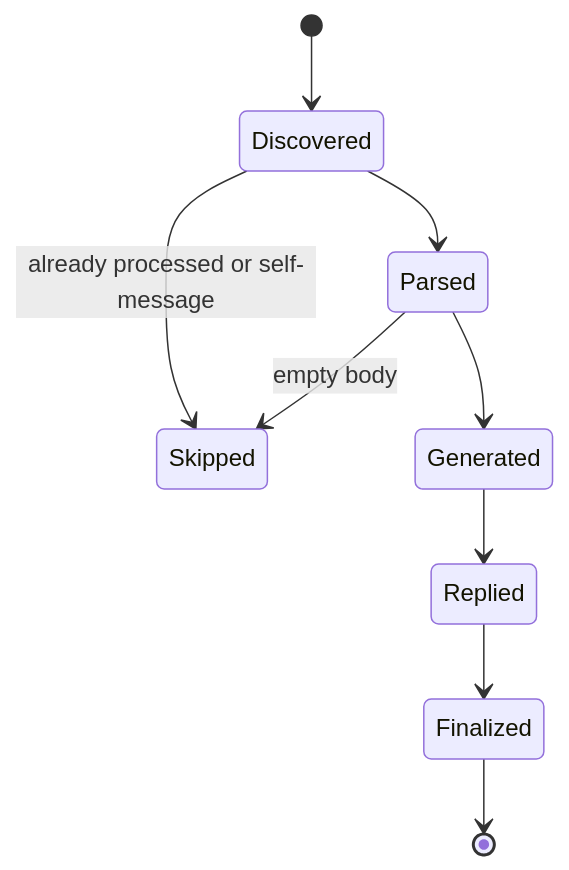
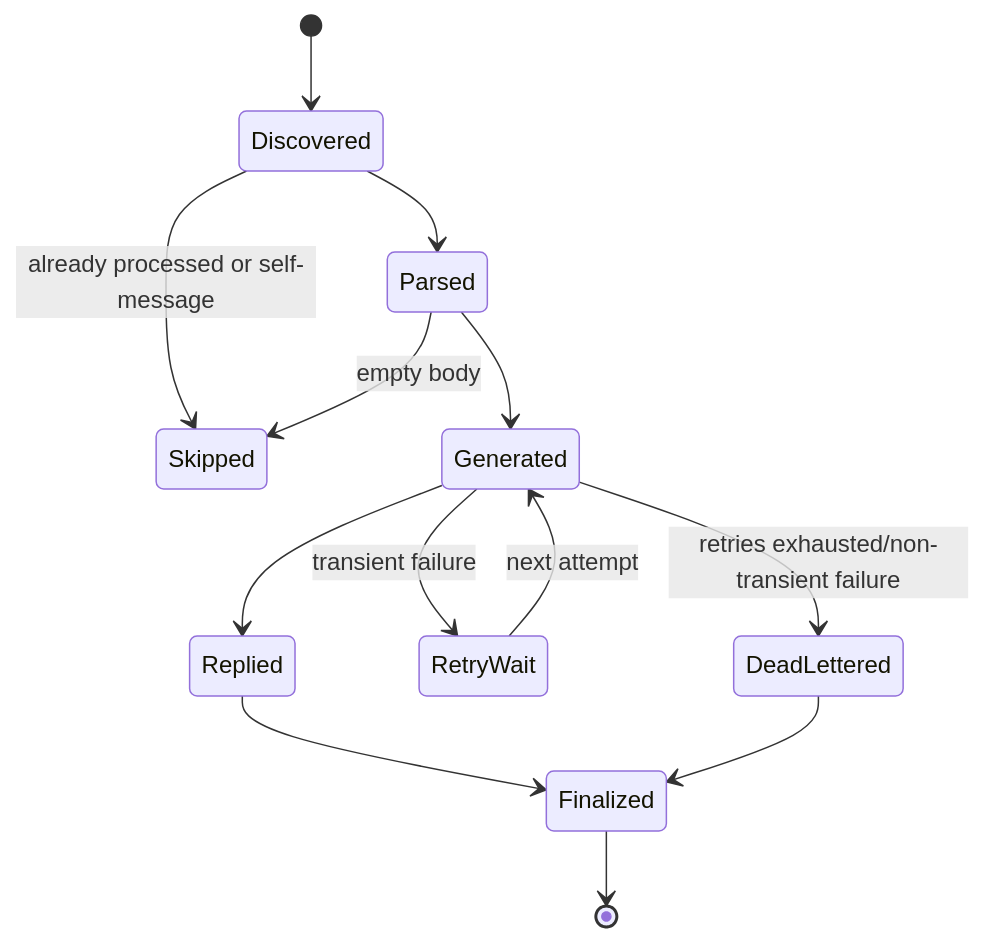
Before and after one commit to LunarMothStudios/Canna-Mailroom: the third of 3 diagrams in docs/runtime-and-pipeline.md, drawn with Mermaid. The commit also changed other lines of this file and 10 other files, not shown here.

Commit message:
feat: add retries, backoff, dead-letter queue, and requeue endpoint

````diff
--- a/docs/runtime-and-pipeline.md
+++ b/docs/runtime-and-pipeline.md
@@ -102,11 +101,15 @@
 ```mermaid
 stateDiagram-v2
     [*] --> Discovered
     Discovered --> Skipped: already processed or self-message
     Discovered --> Parsed
     Parsed --> Skipped: empty body
     Parsed --> Generated
     Generated --> Replied
+    Generated --> RetryWait: transient failure
+    RetryWait --> Generated: next attempt
+    Generated --> DeadLettered: retries exhausted/non-transient failure
     Replied --> Finalized
+    DeadLettered --> Finalized
     Finalized --> [*]
 ```
````
